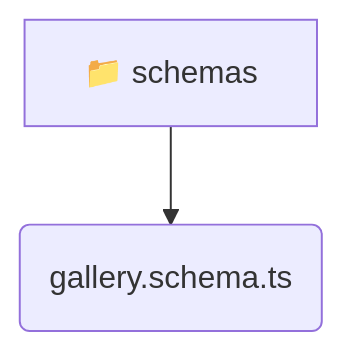
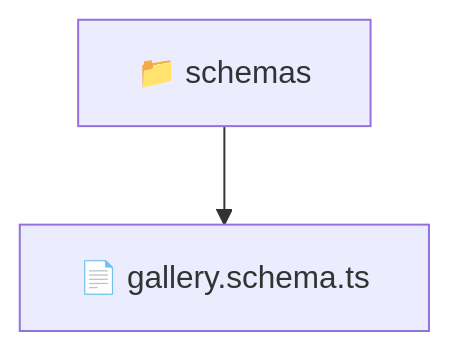
One commit to beginwebdev2002/fullstack-mavluda changed the diagram in backend/src/modules/gallery/infrastructure/schemas/README.md. Above: the diagram before and after it, drawn with Mermaid. The commit also changed other lines of this file and 163 other files, not shown here.

````diff
--- a/backend/src/modules/gallery/infrastructure/schemas/README.md
+++ b/backend/src/modules/gallery/infrastructure/schemas/README.md
@@ -9,5 +10,5 @@
 ```mermaid
 graph TD
-  schemas[📁 schemas]
-  schemas --> schemas_gallery_schema_ts(gallery.schema.ts)
+  Root["📁 schemas"]
+  Root --> galleryschemats["📄 gallery.schema.ts"]
 ```
````
